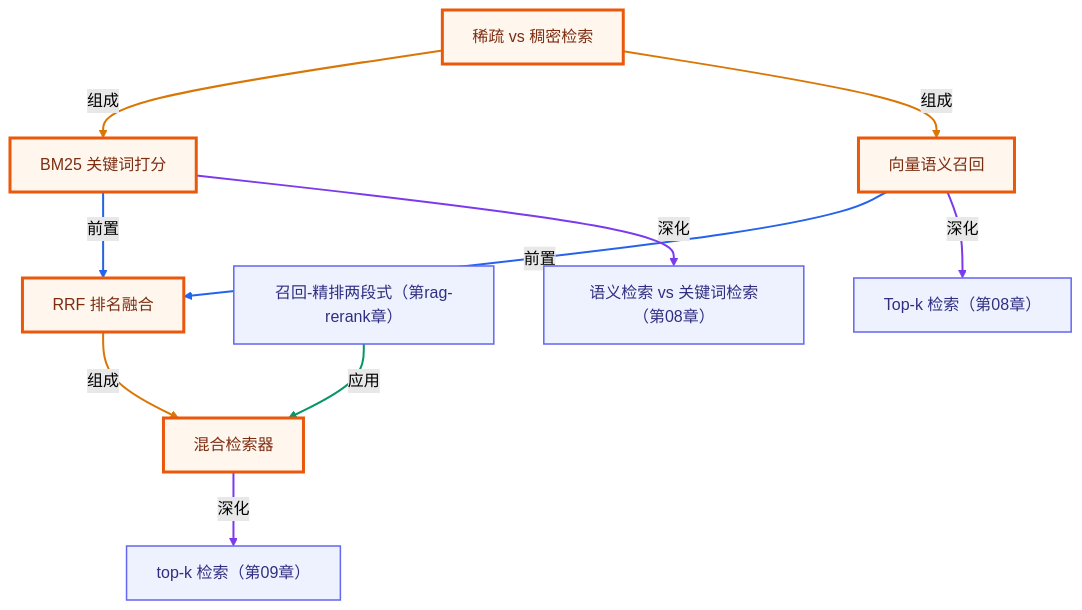
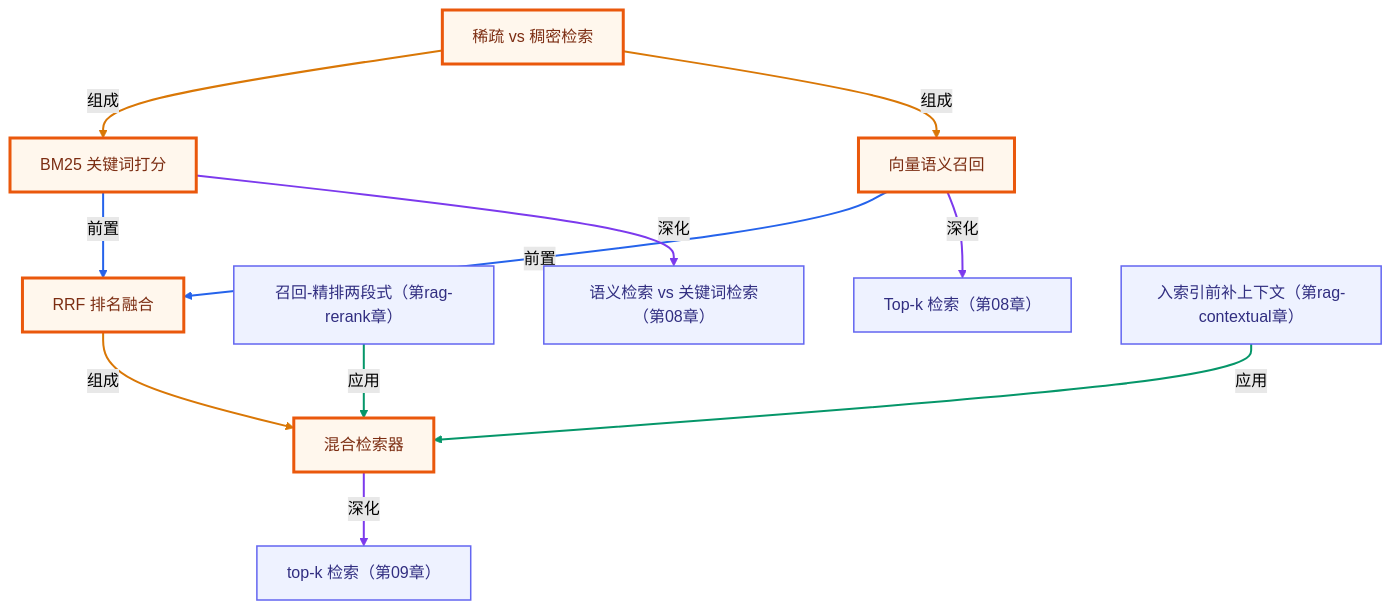
Before and after one commit to songuu/agent: the second of 2 diagrams in rag-advanced/02-hybrid-search/README.md, drawn with Mermaid (forest theme). The commit also changed other lines of this file and 58 other files, not shown here.

````diff
--- a/rag-advanced/02-hybrid-search/README.md
+++ b/rag-advanced/02-hybrid-search/README.md
@@ -139,34 +139,37 @@
 ```mermaid
 graph TB
   classDef own fill:#fff7ed,stroke:#ea580c,stroke-width:3px,color:#7c2d12;
   classDef cross fill:#eef2ff,stroke:#6366f1,stroke-width:1.5px,color:#312e81;
   n_craghybrid_sparse_vs_dense["稀疏 vs 稠密检索"]
   n_craghybrid_bm25["BM25 关键词打分"]
   n_craghybrid_vector_recall["向量语义召回"]
   n_craghybrid_rrf["RRF 排名融合"]
   n_craghybrid_retriever["混合检索器"]
   n_cragrerank_recall_precision["召回-精排两段式（第rag-rerank章）"]
   n_c08_topk_retrieval["Top-k 检索（第08章）"]
   n_c08_semantic_vs_keyword["语义检索 vs 关键词检索（第08章）"]
   n_c09_topk_retrieval["top-k 检索（第09章）"]
+  n_cragcontextual_pre_index["入索引前补上下文（第rag-contextual章）"]
   n_craghybrid_sparse_vs_dense -->|组成| n_craghybrid_bm25
   n_craghybrid_sparse_vs_dense -->|组成| n_craghybrid_vector_recall
   n_craghybrid_bm25 -->|前置| n_craghybrid_rrf
   n_craghybrid_vector_recall -->|前置| n_craghybrid_rrf
   n_craghybrid_rrf -->|组成| n_craghybrid_retriever
   n_cragrerank_recall_precision -->|应用| n_craghybrid_retriever
   n_craghybrid_vector_recall -->|深化| n_c08_topk_retrieval
   n_craghybrid_bm25 -->|深化| n_c08_semantic_vs_keyword
   n_craghybrid_retriever -->|深化| n_c09_topk_retrieval
+  n_cragcontextual_pre_index -->|应用| n_craghybrid_retriever
   class n_craghybrid_sparse_vs_dense,n_craghybrid_bm25,n_craghybrid_vector_recall,n_craghybrid_rrf,n_craghybrid_retriever own;
-  class n_cragrerank_recall_precision,n_c08_topk_retrieval,n_c08_semantic_vs_keyword,n_c09_topk_retrieval cross;
+  class n_cragrerank_recall_precision,n_c08_topk_retrieval,n_c08_semantic_vs_keyword,n_c09_topk_retrieval,n_cragcontextual_pre_index cross;
   linkStyle 0 stroke:#d97706,stroke-width:2px;
   linkStyle 1 stroke:#d97706,stroke-width:2px;
   linkStyle 2 stroke:#2563eb,stroke-width:2px;
   linkStyle 3 stroke:#2563eb,stroke-width:2px;
   linkStyle 4 stroke:#d97706,stroke-width:2px;
   linkStyle 5 stroke:#059669,stroke-width:2px;
   linkStyle 6 stroke:#7c3aed,stroke-width:2px;
   linkStyle 7 stroke:#7c3aed,stroke-width:2px;
   linkStyle 8 stroke:#7c3aed,stroke-width:2px;
+  linkStyle 9 stroke:#059669,stroke-width:2px;
 ```
````
